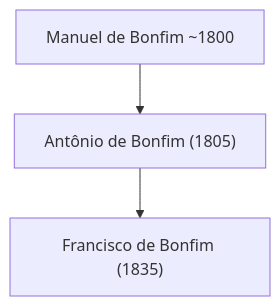
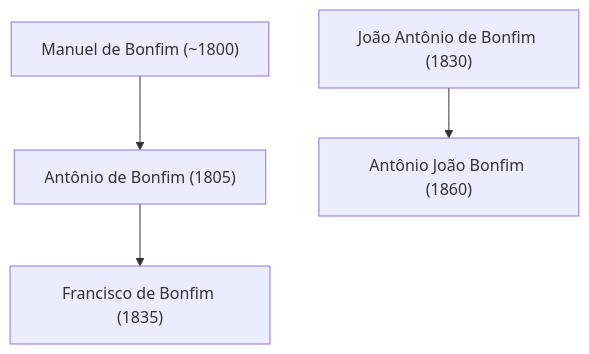
Before and after one commit to a-bonfim-tech/cidade-bonfim-governanca: the diagram in genealogia/familia-bonfim/Laranjeiras/01-arvore-laranjeiras.mmd, drawn with Mermaid. The commit also changed 7 other files, not shown here.

```diff
--- a/genealogia/familia-bonfim/Laranjeiras/01-arvore-laranjeiras.mmd
+++ b/genealogia/familia-bonfim/Laranjeiras/01-arvore-laranjeiras.mmd
@@ -1,6 +1,9 @@
 graph TD
-    M1["Manuel de Bonfim ~1800"]
+    M1["Manuel de Bonfim (~1800)"]
     A1["Antônio de Bonfim (1805)"]
     F1["Francisco de Bonfim (1835)"]
+    JA1["João Antônio de Bonfim (1830)"]
+    AJ1["Antônio João Bonfim (1860)"]
+    JA1 --> AJ1
     M1 --> A1
     A1 --> F1
```
